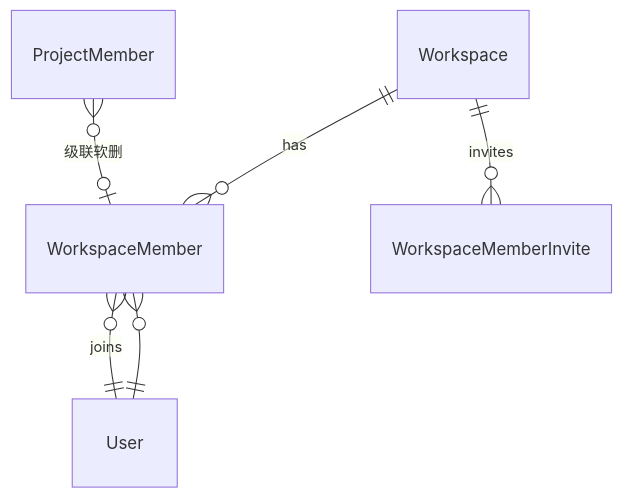
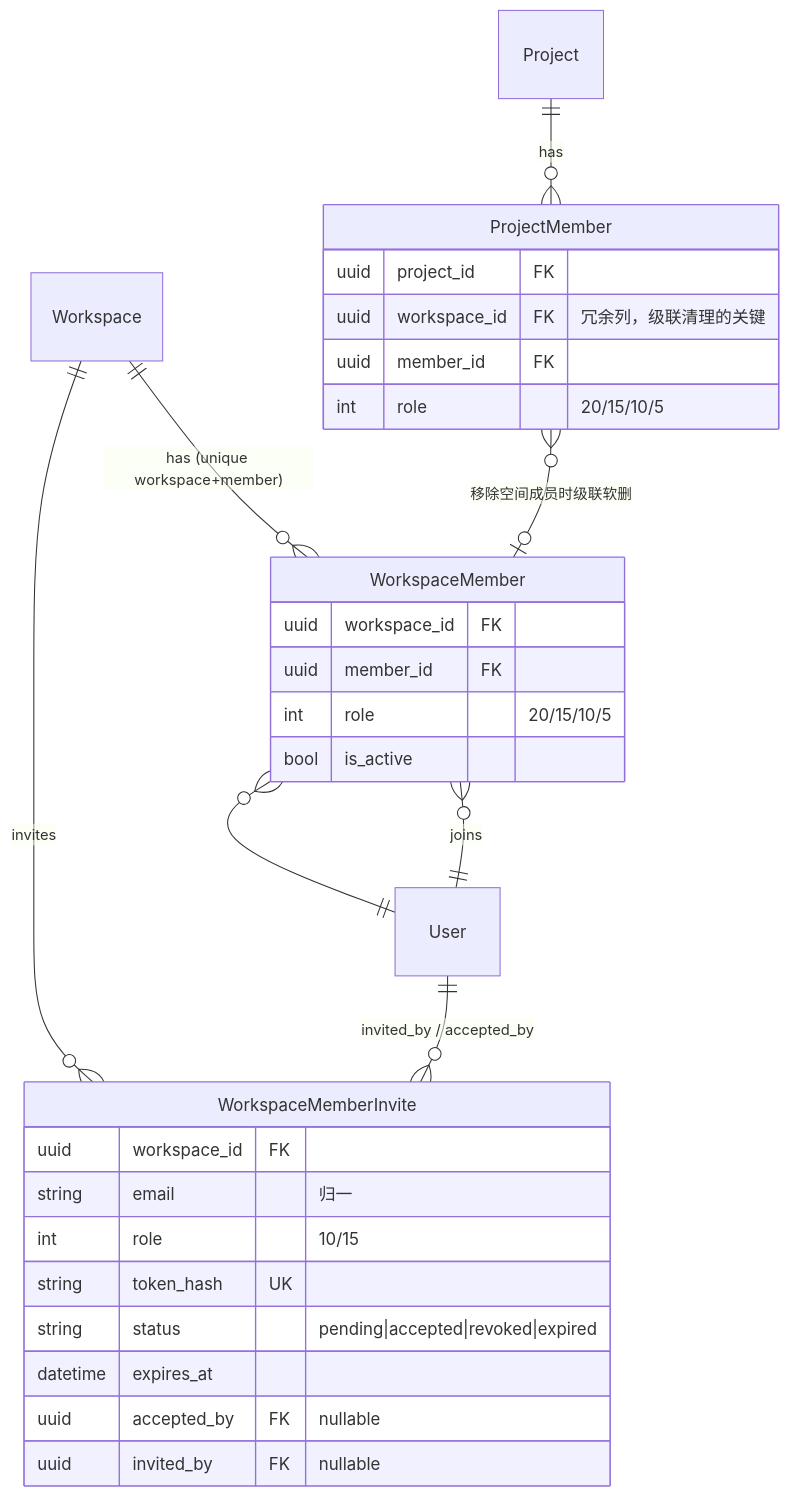
One commit to RabbitAI-Lab/RabbitProjects changed the sixth of 6 diagrams in docs/sprint-1-mvp/TEAM-002-member-management.md. Above: the diagram before and after it, drawn with Mermaid. The commit also changed other lines of this file and 86 other files, not shown here.

````diff
--- a/docs/sprint-1-mvp/TEAM-002-member-management.md
+++ b/docs/sprint-1-mvp/TEAM-002-member-management.md
@@ -236,8 +625,33 @@
 ```mermaid
 erDiagram
-    Workspace ||--o{ WorkspaceMember : has
+    Workspace ||--o{ WorkspaceMember : "has (unique workspace+member)"
     Workspace ||--o{ WorkspaceMemberInvite : "invites"
     User ||--o{ WorkspaceMember : "joins"
+    User ||--o{ WorkspaceMemberInvite : "invited_by / accepted_by"
     WorkspaceMember }o--|| User : ""
-    ProjectMember }o--o| WorkspaceMember : "级联软删"
+    ProjectMember }o--o| WorkspaceMember : "移除空间成员时级联软删"
+    Project ||--o{ ProjectMember : has
+
+    WorkspaceMember {
+        uuid workspace_id FK
+        uuid member_id FK
+        int role "20/15/10/5"
+        bool is_active
+    }
+    WorkspaceMemberInvite {
+        uuid workspace_id FK
+        string email "归一"
+        int role "10/15"
+        string token_hash UK
+        string status "pending|accepted|revoked|expired"
+        datetime expires_at
+        uuid accepted_by FK "nullable"
+        uuid invited_by FK "nullable"
+    }
+    ProjectMember {
+        uuid project_id FK
+        uuid workspace_id FK "冗余列，级联清理的关键"
+        uuid member_id FK
+        int role "20/15/10/5"
+    }
 ```
````
